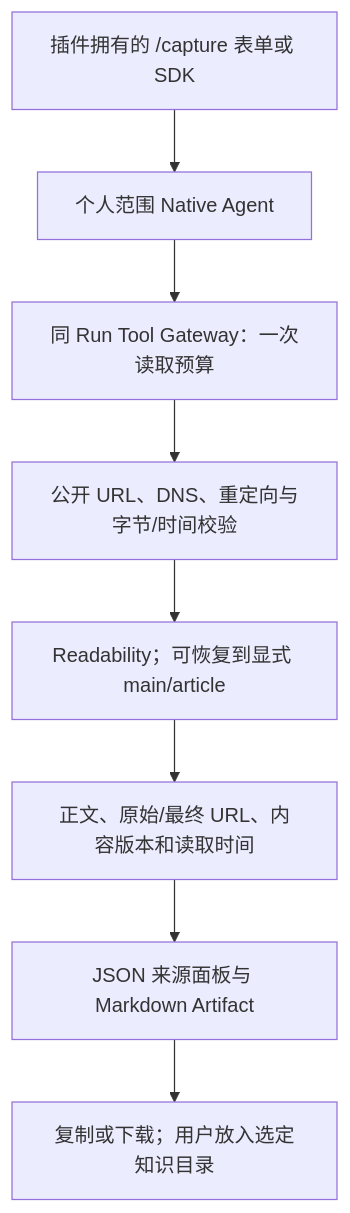
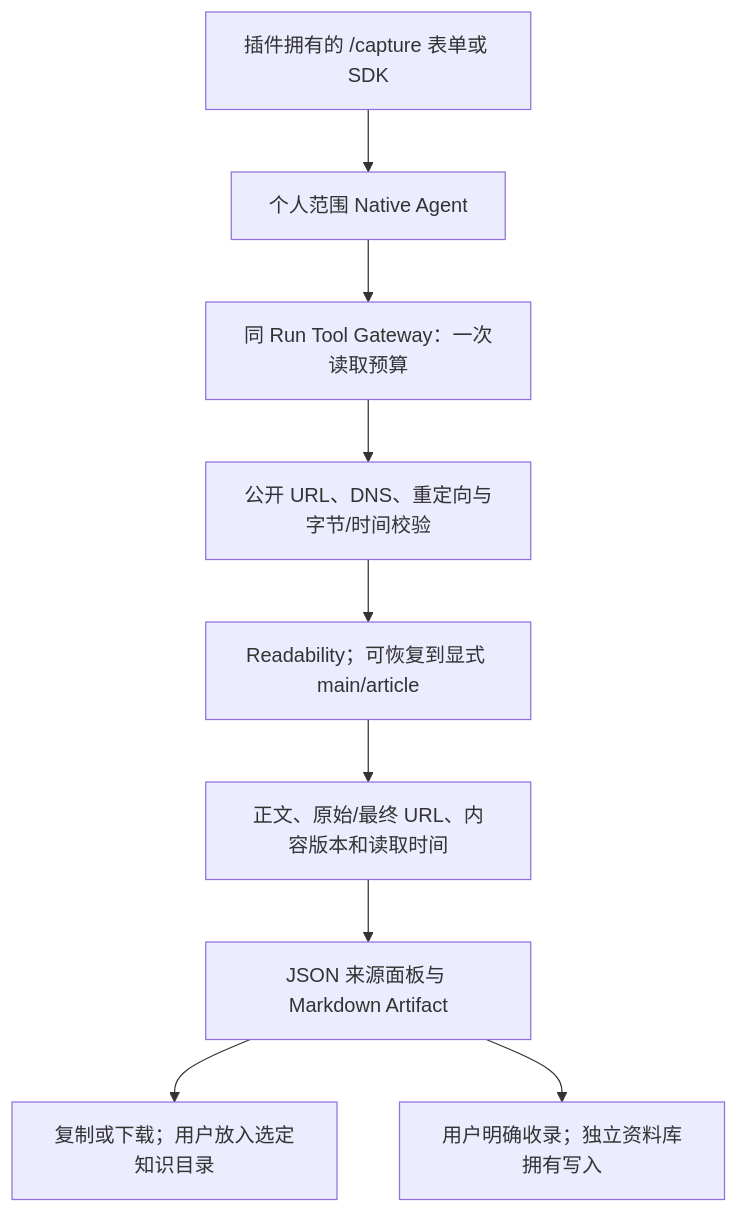
The diagram in backend/src/knowledge/capture/FEATURE.md (KlayPeter/AI-Delivery-Ops-Agent), drawn with Mermaid before and after one commit. The commit also changed other lines of this file and 29 other files, not shown here.

````diff
--- a/backend/src/knowledge/capture/FEATURE.md
+++ b/backend/src/knowledge/capture/FEATURE.md
@@ -20,10 +20,11 @@
 ```mermaid
 flowchart TD
     U[插件拥有的 /capture 表单或 SDK] --> A[个人范围 Native Agent]
     A --> G[同 Run Tool Gateway：一次读取预算]
     G --> N[公开 URL、DNS、重定向与字节/时间校验]
     N --> P[Readability；可恢复到显式 main/article]
     P --> V[正文、原始/最终 URL、内容版本和读取时间]
     V --> O[JSON 来源面板与 Markdown Artifact]
     O --> D[复制或下载；用户放入选定知识目录]
+    O --> KLIB[用户明确收录；独立资料库拥有写入]
 ```
````
